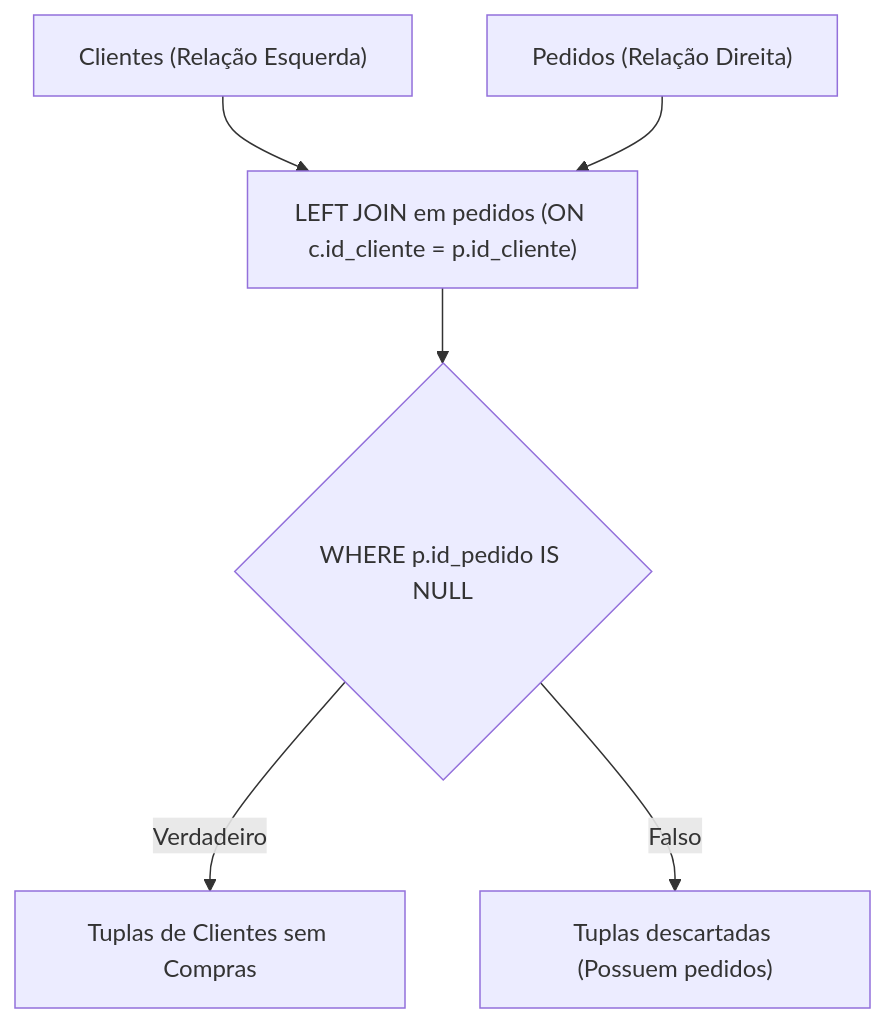
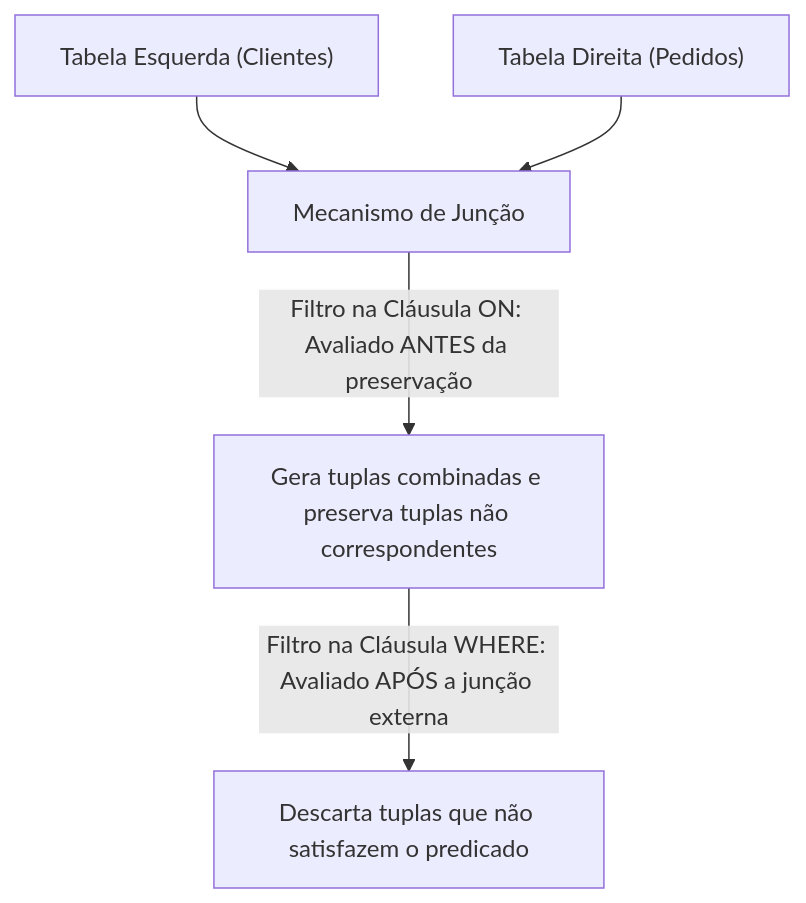
One commit to murilolol/unifef changed the fifth of 11 diagrams in 4º Semestre/[Prof. Welington Garcia] Tópicos Avançados em Banco de Dados/Resumos-IA/Simulados-Comentados.md. Above: the diagram before and after it, drawn with Mermaid. The commit also changed other lines of this file and 58 other files, not shown here.

````diff
--- a/4º Semestre/[Prof. Welington Garcia] Tópicos Avançados em Banco de Dados/Resumos-IA/Simulados-Comentados.md
+++ b/4º Semestre/[Prof. Welington Garcia] Tópicos Avançados em Banco de Dados/Resumos-IA/Simulados-Comentados.md
@@ -361,8 +613,7 @@
 ```mermaid
 flowchart TD
-  L["Clientes (Relação Esquerda)"] --> J["LEFT JOIN em pedidos (ON c.id_cliente = p.id_cliente)"]
-  R["Pedidos (Relação Direita)"] --> J
-  J --> Filtro{"WHERE p.id_pedido IS NULL"}
-  Filtro -- Verdadeiro --> Out["Tuplas de Clientes sem Compras"]
-  Filtro -- Falso --> Disc["Tuplas descartadas (Possuem pedidos)"]
+    T1["Tabela Esquerda (Clientes)"] --> J["Mecanismo de Junção"]
+    T2["Tabela Direita (Pedidos)"] --> J
+    J -->|"Filtro na Cláusula ON: Avaliado ANTES da preservação"| ROuter["Gera tuplas combinadas e preserva tuplas não correspondentes"]
+    ROuter -->|"Filtro na Cláusula WHERE: Avaliado APÓS a junção externa"| RFinal["Descarta tuplas que não satisfazem o predicado"]
 ```
````
